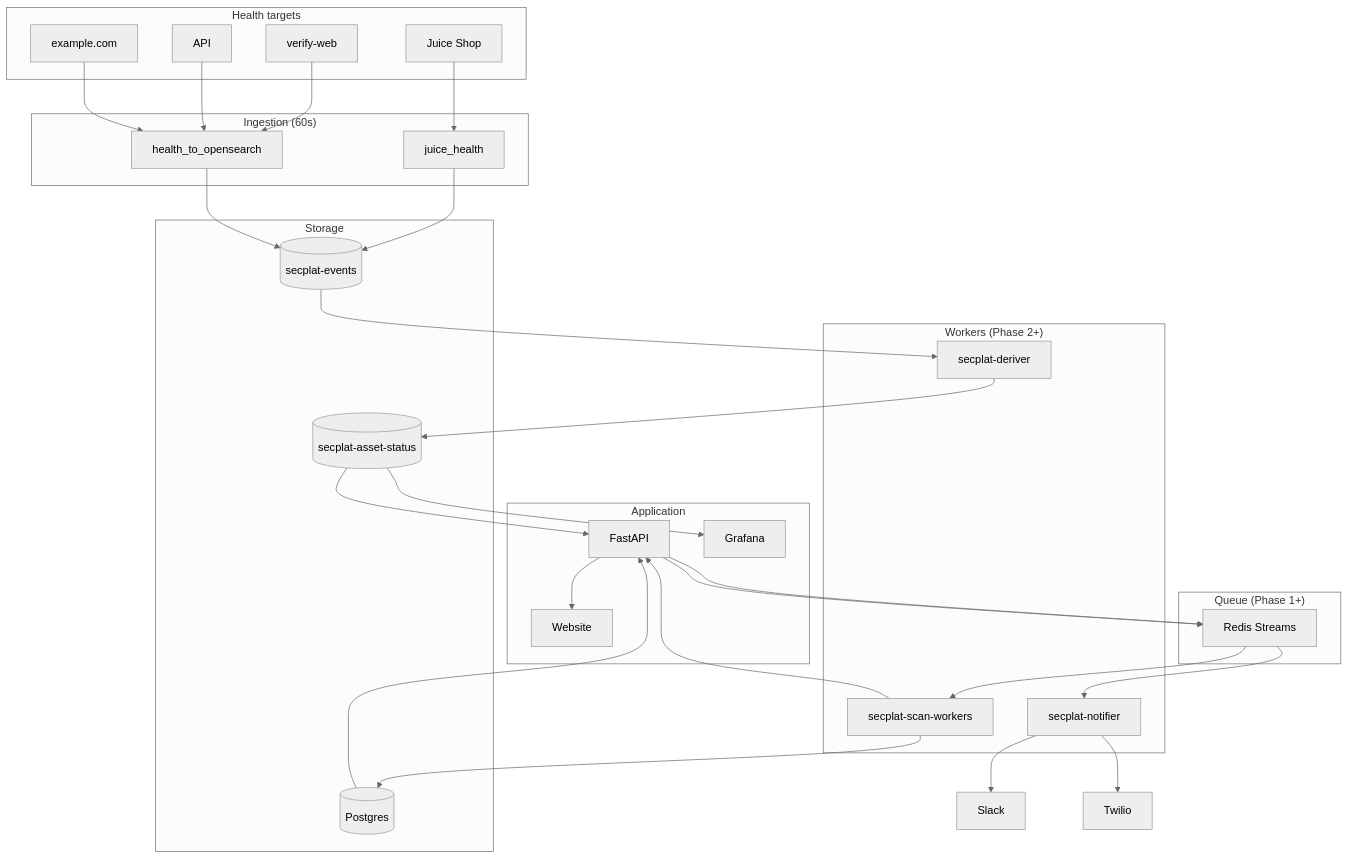
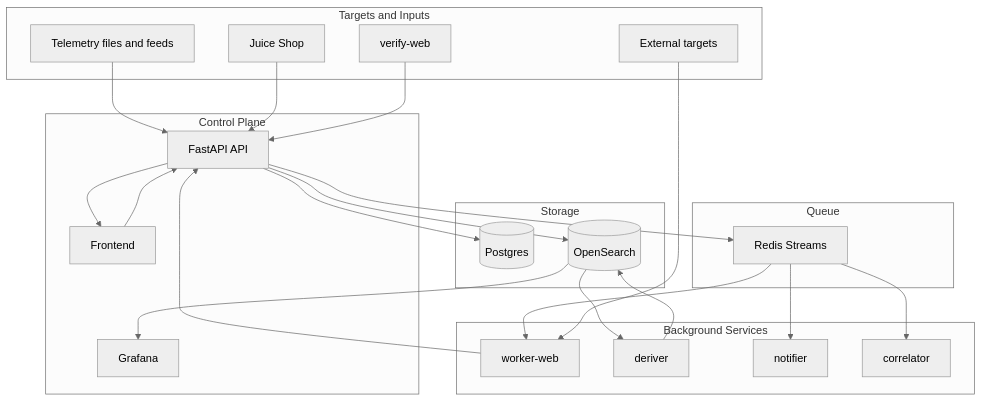
Before and after one commit to viss2423/security-posture-platform: the diagram in docs/architecture.md, drawn with Mermaid (neutral theme). The commit also changed other lines of this file and 428 other files, not shown here.

Commit message:
chore: commit all phase 2-5 artifacts, K8s manifests, Helm chart, CI workflows, and service updates

````diff
--- a/docs/architecture.md
+++ b/docs/architecture.md
@@ -13,61 +14,52 @@
 ```mermaid
 flowchart TB
-  subgraph targets["Health targets"]
+  subgraph targets["Targets and Inputs"]
     J[Juice Shop]
     V[verify-web]
-    A[API]
-    E[example.com]
+    E[External targets]
+    T[Telemetry files and feeds]
   end
 
-  subgraph ingestion["Ingestion (60s)"]
-    H[health_to_opensearch]
-    JH[juice_health]
+  subgraph control["Control Plane"]
+    API[FastAPI API]
+    FE[Frontend]
+    GF[Grafana]
+  end
+
+  subgraph queue["Queue"]
+    RS[Redis Streams]
+  end
+
+  subgraph workers["Background Services"]
+    WRK[worker-web]
+    DRV[deriver]
+    NOT[notifier]
+    COR[correlator]
   end
 
   subgraph storage["Storage"]
-    EV[(secplat-events)]
-    ST[(secplat-asset-status)]
     PG[(Postgres)]
+    OS[(OpenSearch)]
   end
 
-  subgraph queue["Queue (Phase 1+)"]
-    RS[Redis Streams]
-  end
+  FE --> API
+  API --> PG
+  API --> OS
+  API --> RS
 
-  subgraph workers["Workers (Phase 2+)"]
-    DRV[secplat-deriver]
-    SCW[secplat-scan-workers]
-    NOT[secplat-notifier]
-  end
+  RS --> WRK
+  WRK --> API
 
-  subgraph app["Application"]
-    API[FastAPI]
-    FE[Website]
-    GF[Grafana]
-  end
+  T --> API
+  J --> API
+  V --> API
+  E --> WRK
 
-  J --> JH
-  V --> H
-  A --> H
-  E --> H
-  JH --> EV
-  H --> EV
+  RS --> NOT
+  RS --> COR
+  OS --> DRV
+  DRV --> OS
 
-  EV --> DRV
-  DRV --> ST
-
-  API --> RS
-  RS --> SCW
-  SCW --> API
-  SCW --> PG
-
-  API --> RS
-  RS --> NOT
-  NOT --> Slack
-  NOT --> Twilio
-
-  ST --> API
-  PG --> API
   API --> FE
-  ST --> GF
+  OS --> GF
 ```
````
